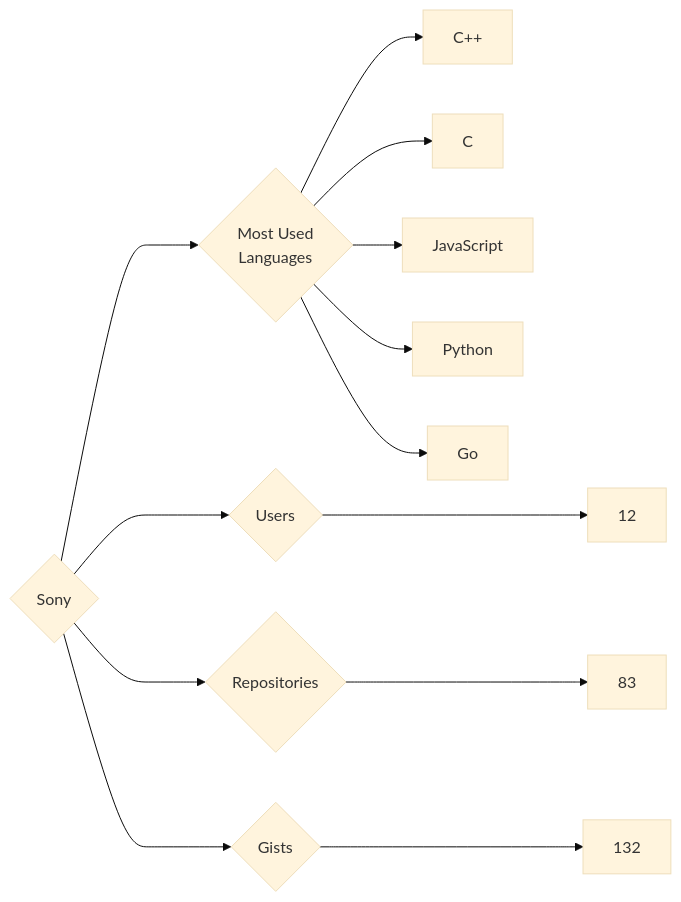
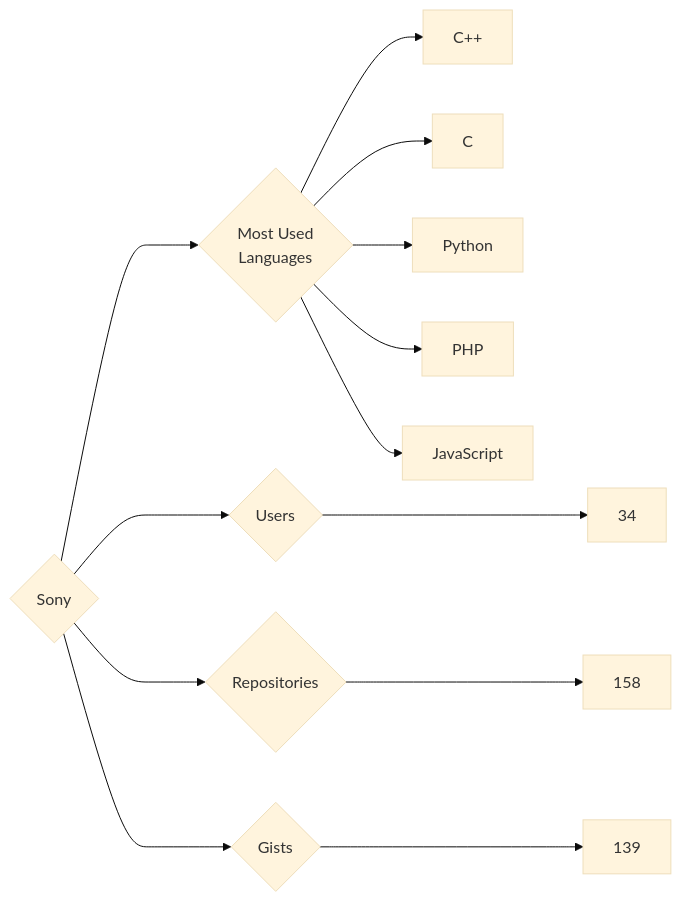
One commit to trickest/insiders changed the diagram in targets/Sony/README.md. Above: the diagram before and after it, drawn with Mermaid (base theme). The commit also changed 814 other files, not shown here.

````diff
--- a/targets/Sony/README.md
+++ b/targets/Sony/README.md
@@ -3,13 +3,13 @@
 ```mermaid
 graph LR
 COMPANY_NAME{Sony}
-COMPANY_NAME ---> U{Users} ---> UN[12]
-COMPANY_NAME ---> R{Repositories} ---> RN[83]
-COMPANY_NAME ---> G{Gists} ---> GN[132]
+COMPANY_NAME ---> U{Users} ---> UN[34]
+COMPANY_NAME ---> R{Repositories} ---> RN[158]
+COMPANY_NAME ---> G{Gists} ---> GN[139]
 COMPANY_NAME ---> ML{Most Used<br>Languages}
 ML --> C++[C++]
 ML --> C[C]
+ML --> Python[Python]
+ML --> PHP[PHP]
 ML --> JavaScript[JavaScript]
-ML --> Python[Python]
-ML --> Go[Go]
 ```
````
